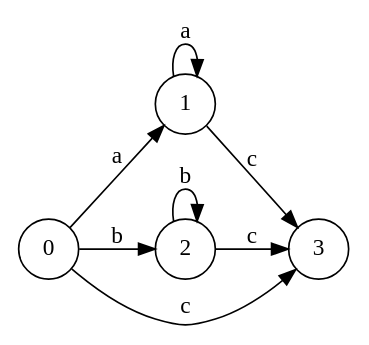
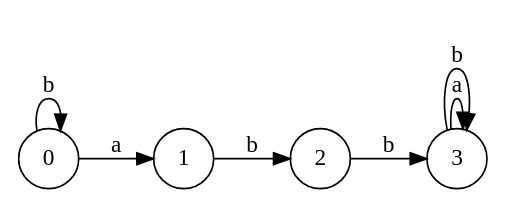
Before and after one commit to paulbelches/scannerAndParserGenerator: the diagram in afdirect.gv, drawn with Graphviz. The commit also changed 10 other files, not shown here.

```diff
--- a/afdirect.gv
+++ b/afdirect.gv
@@ -1,18 +1,16 @@
 digraph finite_state_machine {
 	rankdir=LR size="8,5"
 	node [shape=circle]
 	0 -> 1 [label=a
 ]
-	0 -> 2 [label=b
+	0 -> 0 [label=b
 ]
-	0 -> 3 [label=c
+	1 -> 2 [label=b
 ]
-	1 -> 1 [label=a
+	2 -> 3 [label=b
 ]
-	1 -> 3 [label=c
+	3 -> 3 [label=a
 ]
-	2 -> 2 [label=b
-]
-	2 -> 3 [label=c
+	3 -> 3 [label=b
 ]
 }
```
